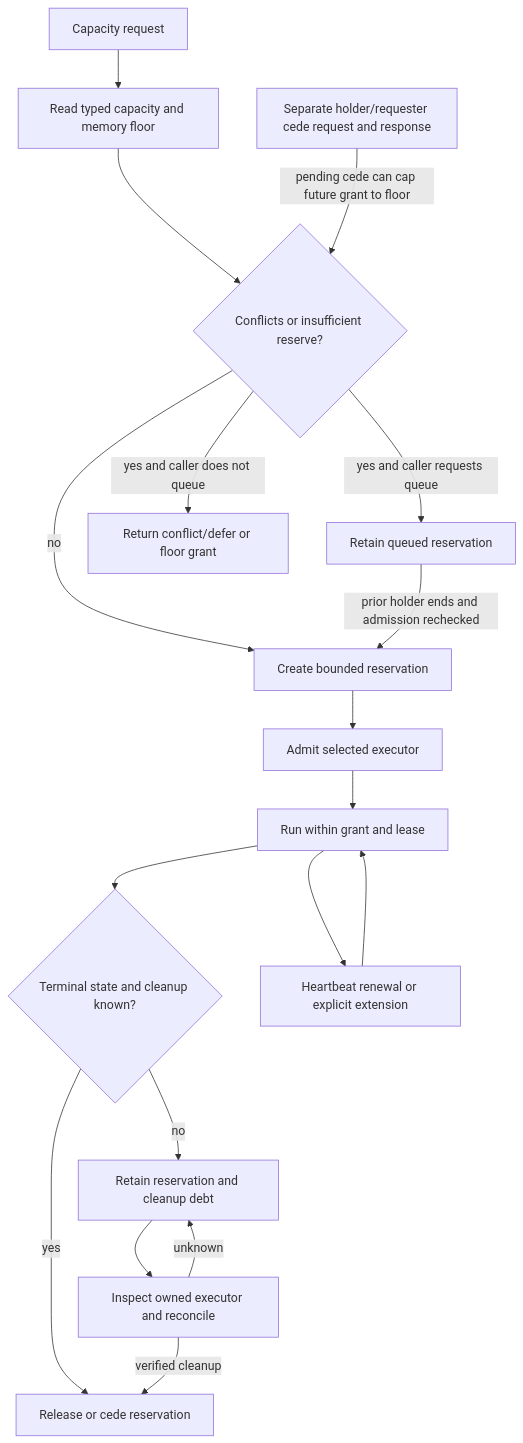
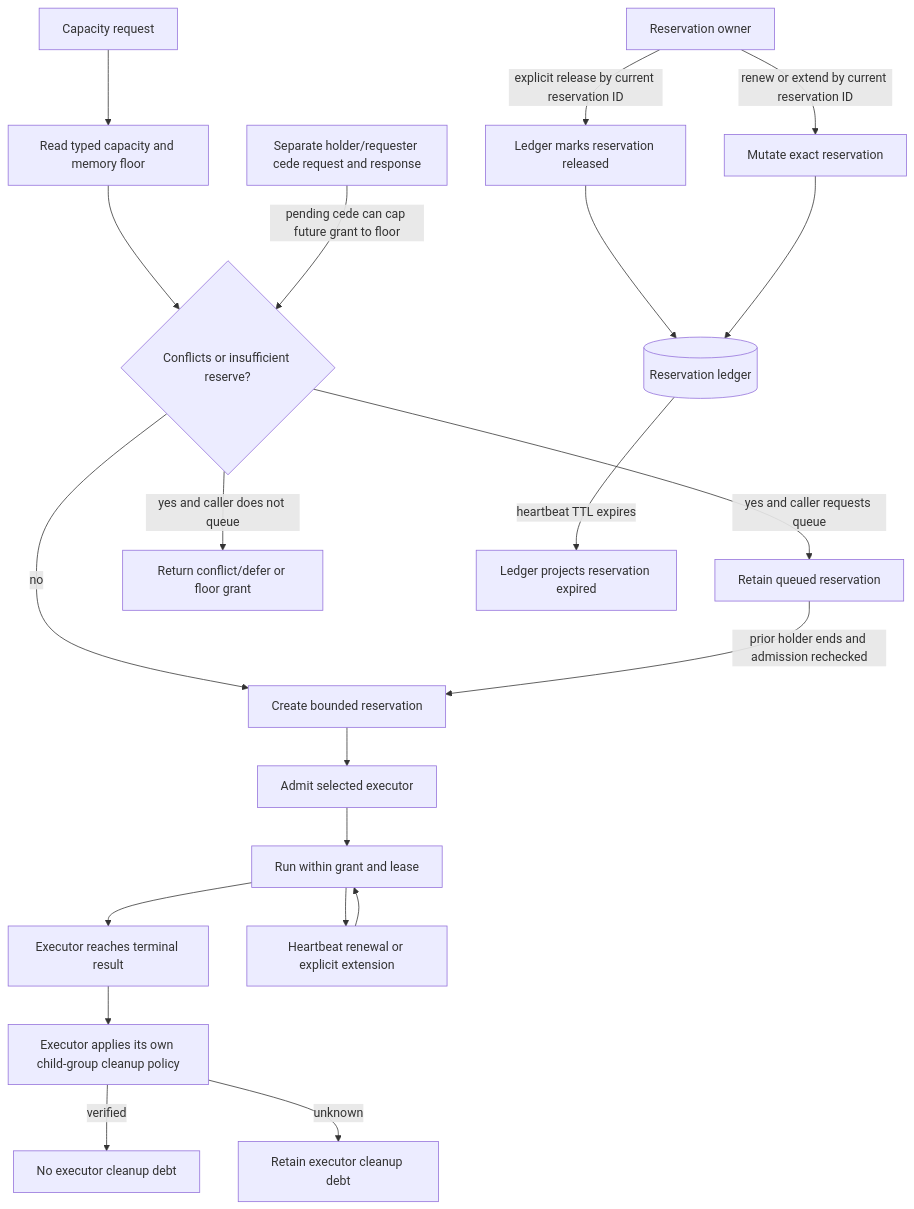
Diagram 33 of 44 in docs/stacklab/pantheon-pt/canon/DIAGRAMS_MAAT_GOVERNANCE.md (SirsiMaster/sirsi-pantheon), drawn with Mermaid before and after one commit. The commit also changed other lines of this file and 2 other files, not shown here.

Commit message:
docs(stacklab): align workflow diagrams with actual effects and recovery

````diff
--- a/docs/stacklab/pantheon-pt/canon/DIAGRAMS_MAAT_GOVERNANCE.md
+++ b/docs/stacklab/pantheon-pt/canon/DIAGRAMS_MAAT_GOVERNANCE.md
@@ -782,20 +788,23 @@
 ```mermaid
 flowchart TD
   REQUEST[Capacity request] --> CAP[Read typed capacity and memory floor]
   CAP --> CONFLICT{Conflicts or insufficient reserve?}
   CONFLICT -->|yes and caller requests queue| QUEUE[Retain queued reservation]
   CONFLICT -->|yes and caller does not queue| DEFER[Return conflict/defer or floor grant]
   CONFLICT -->|no| RESERVE[Create bounded reservation]
   QUEUE -->|prior holder ends and admission rechecked| RESERVE
   RESERVE --> ADMIT[Admit selected executor]
   ADMIT --> RUN[Run within grant and lease]
-  RUN --> TERM{Terminal state and cleanup known?}
-  TERM -->|yes| RELEASE[Release or cede reservation]
-  TERM -->|no| HOLD[Retain reservation and cleanup debt]
-  HOLD --> RECOVER[Inspect owned executor and reconcile]
-  RECOVER -->|verified cleanup| RELEASE
-  RECOVER -->|unknown| HOLD
+  RUN --> END[Executor reaches terminal result]
+  END --> CLEAN[Executor applies its own child-group cleanup policy]
+  CLEAN -->|verified| CLEAN_OK[No executor cleanup debt]
+  CLEAN -->|unknown| CLEAN_DEBT[Retain executor cleanup debt]
+  CLIENT[Reservation owner] -->|explicit release by current reservation ID| RELEASE[Ledger marks reservation released]
+  STORE[(Reservation ledger)] -->|heartbeat TTL expires| EXPIRED[Ledger projects reservation expired]
+  RELEASE --> STORE
+  CLIENT -->|renew or extend by current reservation ID| CHANGE[Mutate exact reservation]
+  CHANGE --> STORE
   RUN --> RENEW[Heartbeat renewal or explicit extension]
   RENEW --> RUN
   CEDE[Separate holder/requester cede request and response] -->|pending cede can cap future grant to floor| CONFLICT
 ```
````
